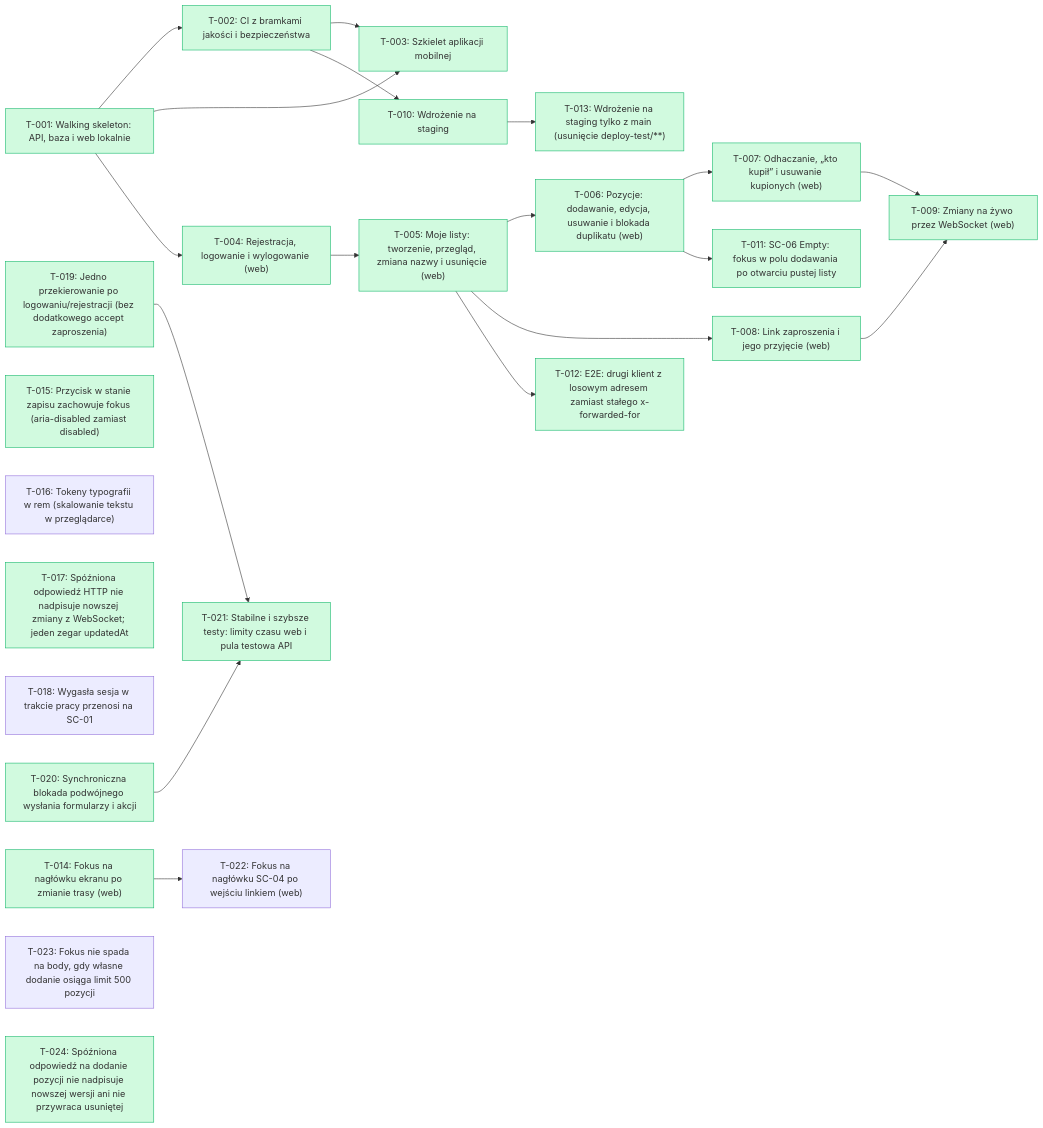
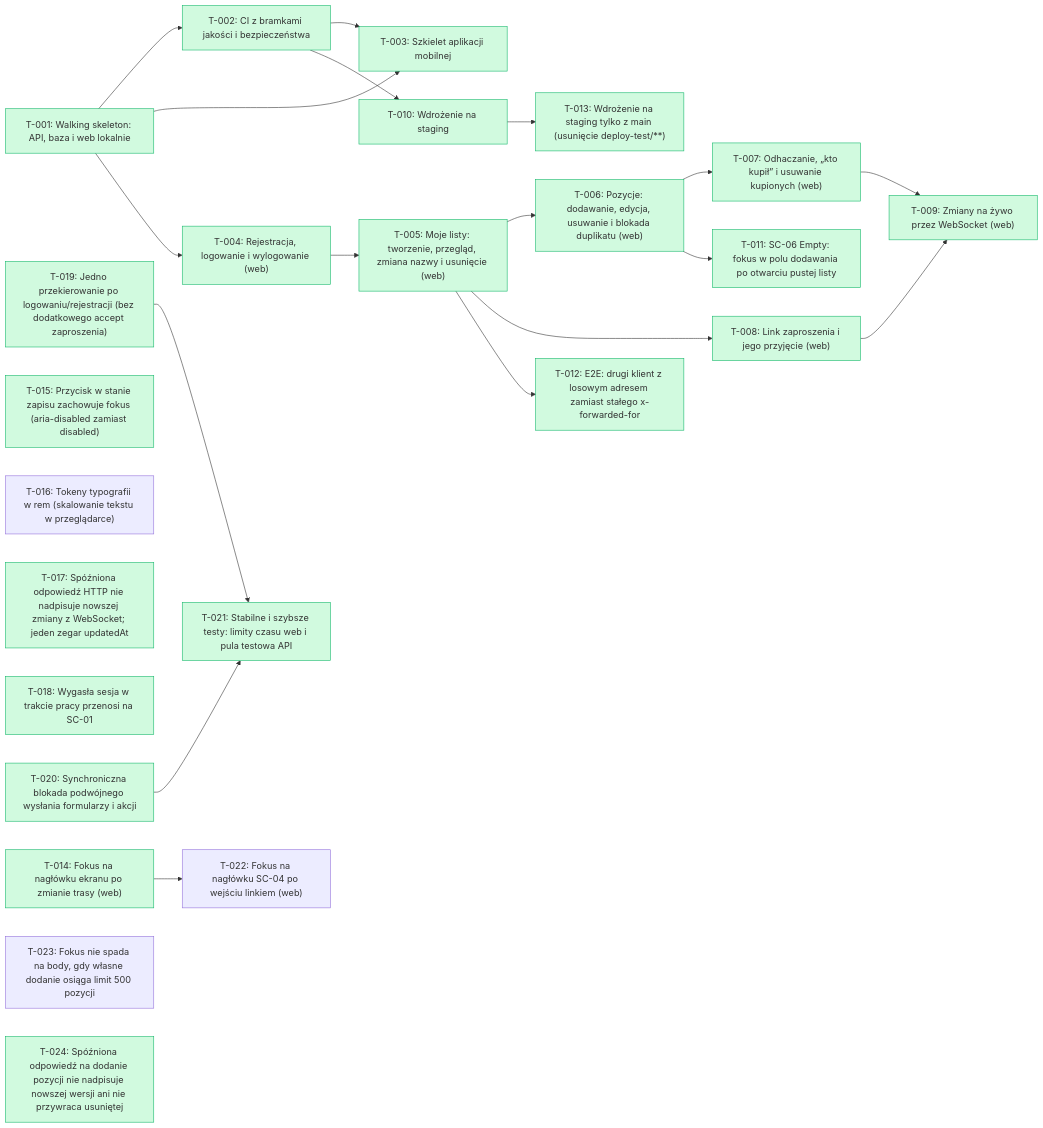
One commit to tombraz/lista-zakupow changed the diagram in docs/backlog/index.md. Above: the diagram before and after it, drawn with Mermaid. The commit also changed other lines of this file and 1 other file, not shown here.

````diff
--- a/docs/backlog/index.md
+++ b/docs/backlog/index.md
@@ -20,48 +19,48 @@
 ```mermaid
 flowchart LR
   T_001["T-001: Walking skeleton: API, baza i web lokalnie"]:::done
   T_002["T-002: CI z bramkami jakości i bezpieczeństwa"]:::done
   T_003["T-003: Szkielet aplikacji mobilnej"]:::done
   T_004["T-004: Rejestracja, logowanie i wylogowanie (web)"]:::done
   T_005["T-005: Moje listy: tworzenie, przegląd, zmiana nazwy i usunięcie (web)"]:::done
   T_006["T-006: Pozycje: dodawanie, edycja, usuwanie i blokada duplikatu (web)"]:::done
   T_007["T-007: Odhaczanie, „kto kupił” i usuwanie kupionych (web)"]:::done
   T_008["T-008: Link zaproszenia i jego przyjęcie (web)"]:::done
   T_009["T-009: Zmiany na żywo przez WebSocket (web)"]:::done
   T_010["T-010: Wdrożenie na staging"]:::done
   T_011["T-011: SC-06 Empty: fokus w polu dodawania po otwarciu pustej listy"]:::done
   T_012["T-012: E2E: drugi klient z losowym adresem zamiast stałego x-forwarded-for"]:::done
   T_013["T-013: Wdrożenie na staging tylko z main (usunięcie deploy-test/**)"]:::done
   T_014["T-014: Fokus na nagłówku ekranu po zmianie trasy (web)"]:::done
   T_015["T-015: Przycisk w stanie zapisu zachowuje fokus (aria-disabled zamiast disabled)"]:::done
   T_016["T-016: Tokeny typografii w rem (skalowanie tekstu w przeglądarce)"]
   T_017["T-017: Spóźniona odpowiedź HTTP nie nadpisuje nowszej zmiany z WebSocket; jeden zegar updatedAt"]:::done
-  T_018["T-018: Wygasła sesja w trakcie pracy przenosi na SC-01"]
+  T_018["T-018: Wygasła sesja w trakcie pracy przenosi na SC-01"]:::done
   T_019["T-019: Jedno przekierowanie po logowaniu/rejestracji (bez dodatkowego accept zaproszenia)"]:::done
   T_020["T-020: Synchroniczna blokada podwójnego wysłania formularzy i akcji"]:::done
   T_021["T-021: Stabilne i szybsze testy: limity czasu web i pula testowa API"]:::done
   T_022["T-022: Fokus na nagłówku SC-04 po wejściu linkiem (web)"]
   T_023["T-023: Fokus nie spada na body, gdy własne dodanie osiąga limit 500 pozycji"]
   T_024["T-024: Spóźniona odpowiedź na dodanie pozycji nie nadpisuje nowszej wersji ani nie przywraca usuniętej"]:::done
   T_001 --> T_002
   T_001 --> T_003
   T_002 --> T_003
   T_001 --> T_004
   T_004 --> T_005
   T_005 --> T_006
   T_006 --> T_007
   T_005 --> T_008
   T_007 --> T_009
   T_008 --> T_009
   T_002 --> T_010
   T_006 --> T_011
   T_005 --> T_012
   T_010 --> T_013
   T_019 --> T_021
   T_020 --> T_021
   T_014 --> T_022
   classDef done fill:#d1fadf,stroke:#12b76a
   classDef wip fill:#fef0c7,stroke:#f79009
   classDef qa fill:#e0eaff,stroke:#2970ff
   classDef blocked fill:#fee4e2,stroke:#f04438
 ```
````
